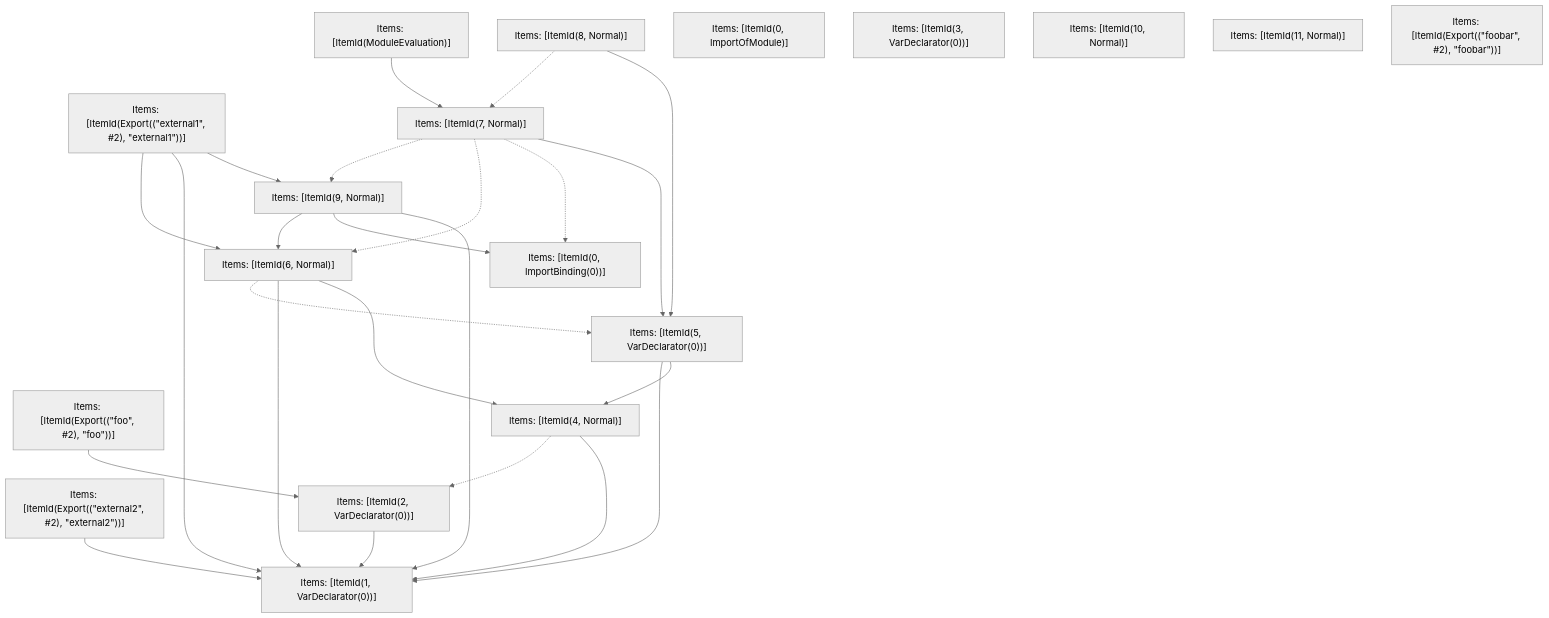
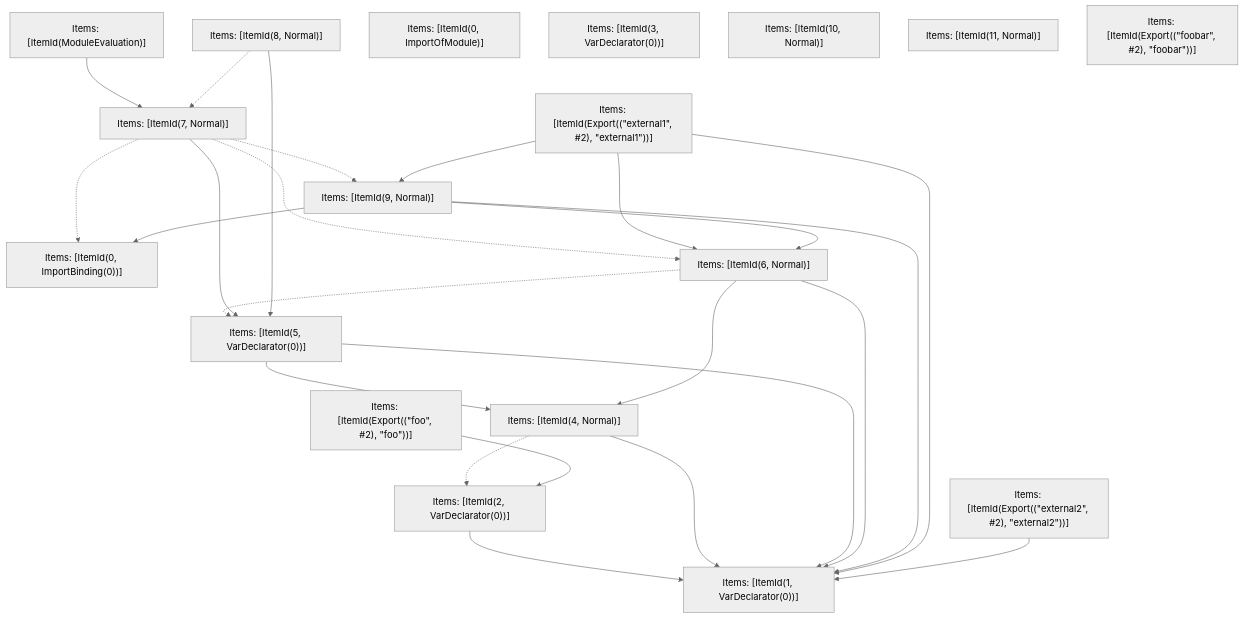
One commit to Sonar-UX-Testing-FreePlan/next.js changed the fifth of 5 diagrams in turbopack/crates/turbopack-ecmascript/tests/tree-shaker/analyzer/1/output.md. Above: the diagram before and after it, drawn with Mermaid (neutral theme). The commit also changed other lines of this file and 30 other files, not shown here.

````diff
--- a/turbopack/crates/turbopack-ecmascript/tests/tree-shaker/analyzer/1/output.md
+++ b/turbopack/crates/turbopack-ecmascript/tests/tree-shaker/analyzer/1/output.md
@@ -338,44 +338,44 @@
 ```mermaid
 graph TD
     N0["Items: [ItemId(ModuleEvaluation)]"];
     N1["Items: [ItemId(Export((&quot;external1&quot;, #2), &quot;external1&quot;))]"];
     N2["Items: [ItemId(Export((&quot;external2&quot;, #2), &quot;external2&quot;))]"];
     N3["Items: [ItemId(Export((&quot;foo&quot;, #2), &quot;foo&quot;))]"];
     N4["Items: [ItemId(0, ImportBinding(0))]"];
     N5["Items: [ItemId(1, VarDeclarator(0))]"];
     N6["Items: [ItemId(2, VarDeclarator(0))]"];
     N7["Items: [ItemId(4, Normal)]"];
     N8["Items: [ItemId(5, VarDeclarator(0))]"];
     N9["Items: [ItemId(6, Normal)]"];
     N10["Items: [ItemId(7, Normal)]"];
     N11["Items: [ItemId(8, Normal)]"];
     N12["Items: [ItemId(9, Normal)]"];
     N13["Items: [ItemId(0, ImportOfModule)]"];
     N14["Items: [ItemId(3, VarDeclarator(0))]"];
     N15["Items: [ItemId(10, Normal)]"];
     N16["Items: [ItemId(11, Normal)]"];
     N17["Items: [ItemId(Export((&quot;foobar&quot;, #2), &quot;foobar&quot;))]"];
     N6 --> N5;
-    N2 --> N5;
+    N0 --> N10;
     N7 --> N5;
     N7 -.-> N6;
     N8 --> N7;
     N8 --> N5;
     N9 --> N7;
     N9 --> N5;
     N9 -.-> N8;
     N10 --> N8;
-    N1 --> N12;
+    N12 --> N5;
     N10 -.-> N4;
     N10 -.-> N9;
     N10 -.-> N12;
     N11 --> N8;
     N11 -.-> N10;
-    N0 --> N10;
     N1 --> N5;
+    N1 --> N9;
     N3 --> N6;
-    N1 --> N9;
-    N12 --> N5;
+    N2 --> N5;
+    N1 --> N12;
     N12 --> N4;
     N12 --> N9;
 ```
````
